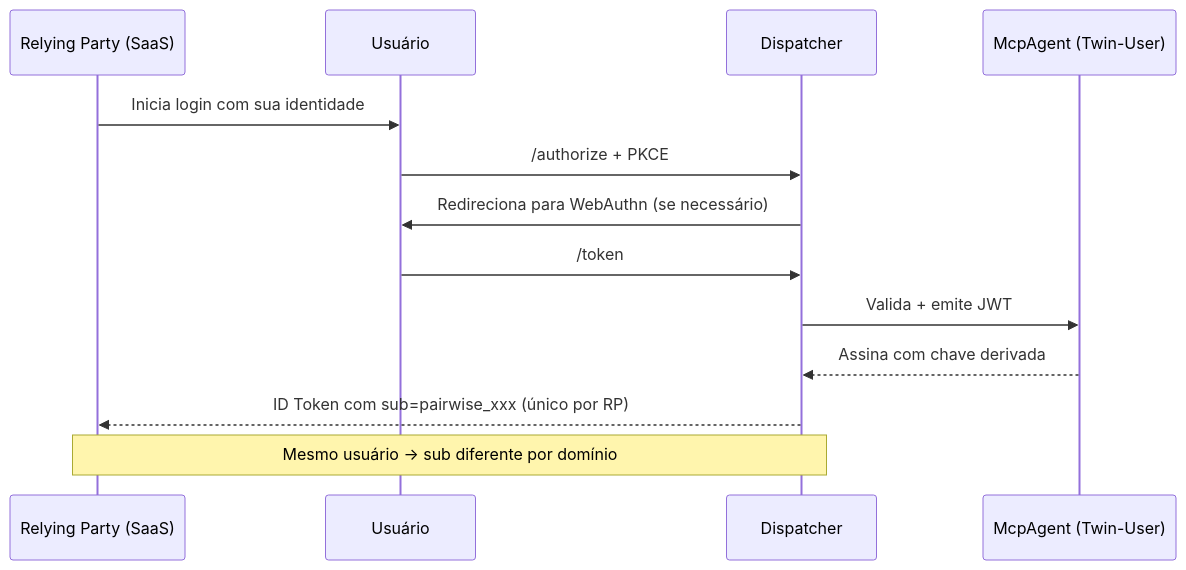
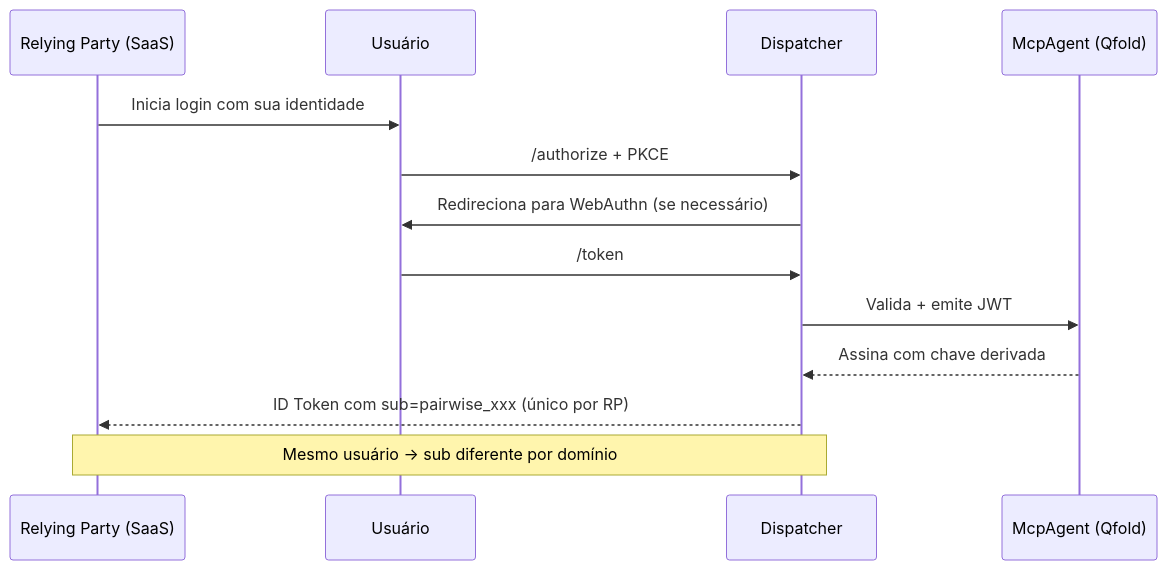
One commit to myselfgus/qfold changed the fifth of 9 diagrams in README.md. Above: the diagram before and after it, drawn with Mermaid. The commit also changed other lines of this file and 18 other files, not shown here.

First line of the commit message:
chore: rebrand entire project from Twin-User to Qfold

````diff
--- a/README.md
+++ b/README.md
@@ -87,16 +138,16 @@
 ```mermaid
 sequenceDiagram
     participant RP as Relying Party (SaaS)
     participant U as Usuário
     participant D as Dispatcher
-    participant DO as McpAgent (Twin-User)
+    participant DO as McpAgent (Qfold)
 
     RP->>U: Inicia login com sua identidade
     U->>D: /authorize + PKCE
     D->>U: Redireciona para WebAuthn (se necessário)
     U->>D: /token
     D->>DO: Valida + emite JWT
     DO-->>D: Assina com chave derivada
     D-->>RP: ID Token com sub=pairwise_xxx (único por RP)
     Note over D,RP: Mesmo usuário → sub diferente por domínio
 ```
````
